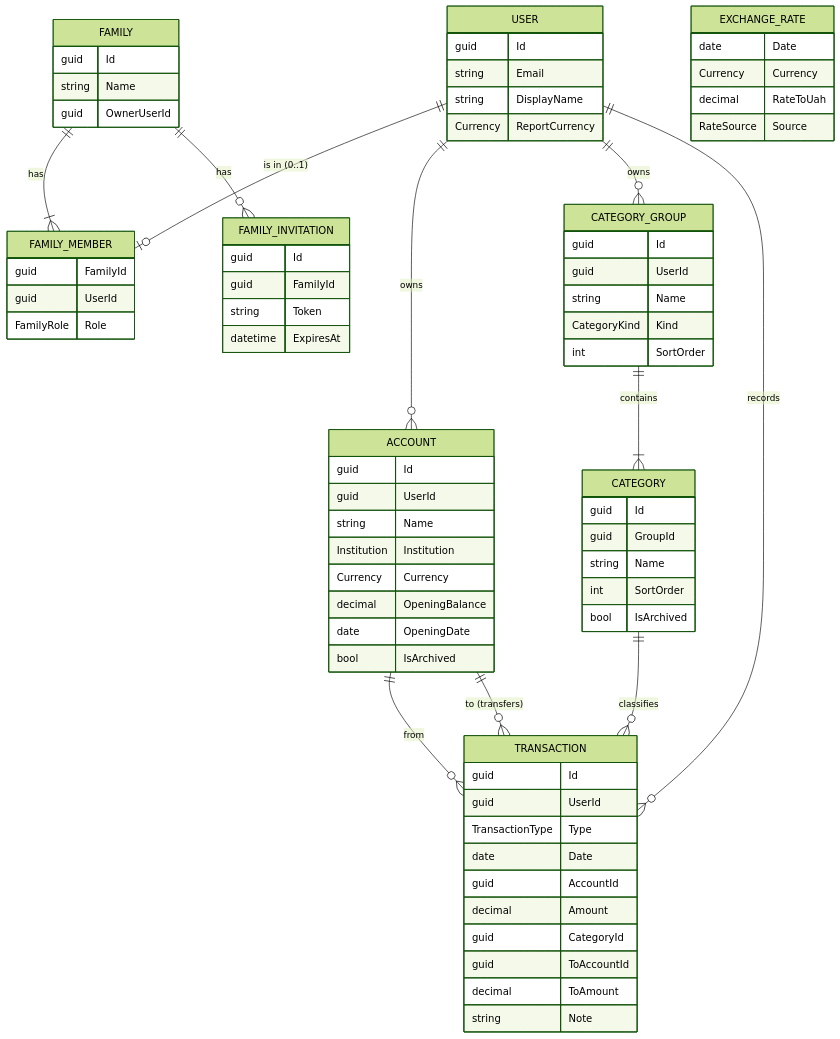
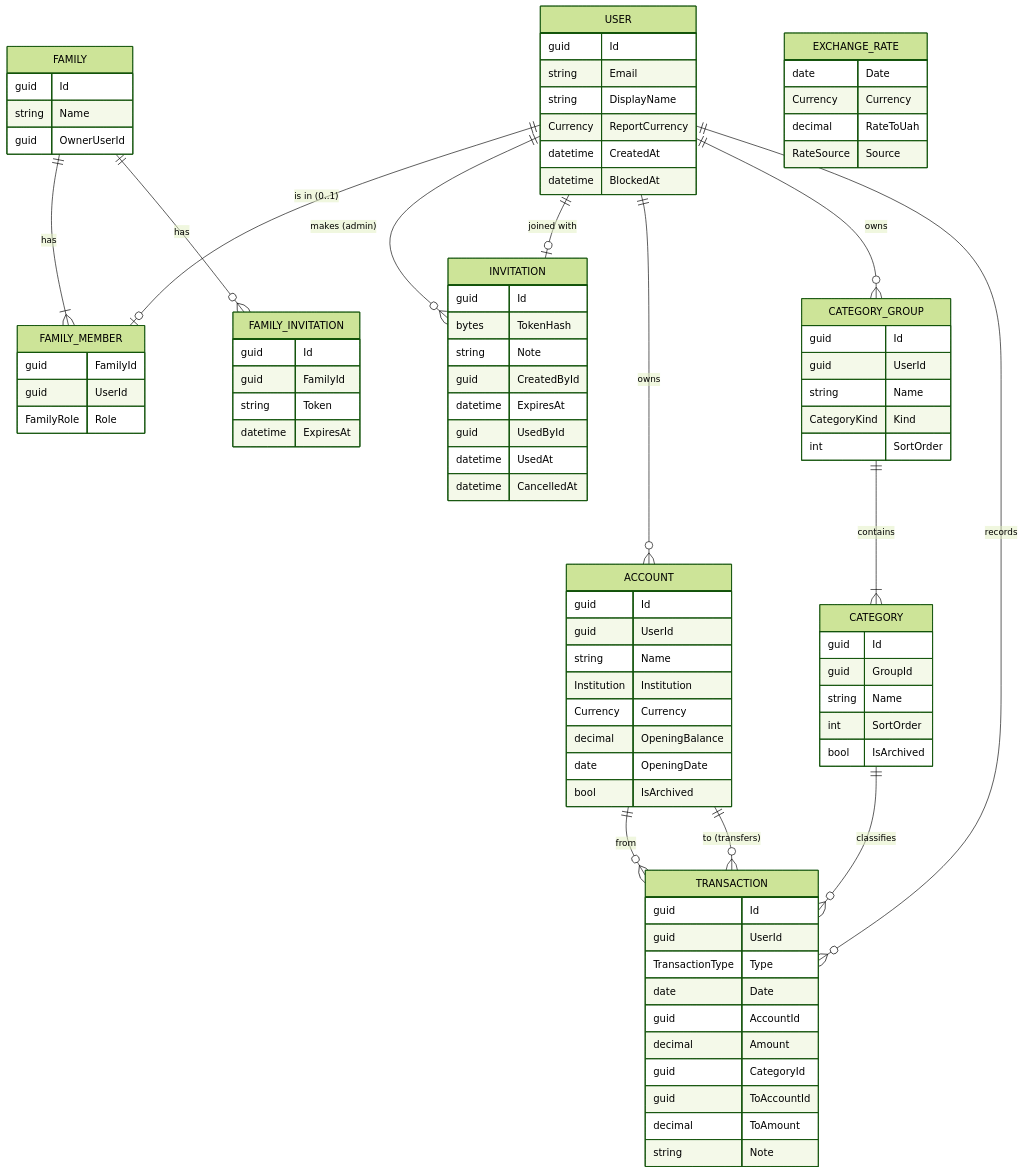
The second of 3 diagrams in docs/ARCHITECTURE.md (yuliaBiriukova/PupBudgetPlanner), drawn with Mermaid (forest theme) before and after one commit. The commit also changed other lines of this file and 49 other files, not shown here.

````diff
--- a/docs/ARCHITECTURE.md
+++ b/docs/ARCHITECTURE.md
@@ -87,24 +87,27 @@
 ```mermaid
 erDiagram
     USER ||--o| FAMILY_MEMBER : "is in (0..1)"
     FAMILY ||--|{ FAMILY_MEMBER : has
     FAMILY ||--o{ FAMILY_INVITATION : has
+    USER ||--o{ INVITATION : "makes (admin)"
+    USER ||--o| INVITATION : "joined with"
     USER ||--o{ ACCOUNT : owns
     USER ||--o{ CATEGORY_GROUP : owns
     CATEGORY_GROUP ||--|{ CATEGORY : contains
     USER ||--o{ TRANSACTION : records
     ACCOUNT ||--o{ TRANSACTION : "from"
     ACCOUNT ||--o{ TRANSACTION : "to (transfers)"
     CATEGORY ||--o{ TRANSACTION : "classifies"
     EXCHANGE_RATE
 
-    USER { guid Id string Email string DisplayName Currency ReportCurrency }
+    USER { guid Id string Email string DisplayName Currency ReportCurrency datetime CreatedAt datetime BlockedAt }
+    INVITATION { guid Id bytes TokenHash string Note guid CreatedById datetime ExpiresAt guid UsedById datetime UsedAt datetime CancelledAt }
     FAMILY { guid Id string Name guid OwnerUserId }
     FAMILY_MEMBER { guid FamilyId guid UserId FamilyRole Role }
     FAMILY_INVITATION { guid Id guid FamilyId string Token datetime ExpiresAt }
     ACCOUNT { guid Id guid UserId string Name Institution Institution Currency Currency decimal OpeningBalance date OpeningDate bool IsArchived }
     CATEGORY_GROUP { guid Id guid UserId string Name CategoryKind Kind int SortOrder }
     CATEGORY { guid Id guid GroupId string Name int SortOrder bool IsArchived }
     TRANSACTION { guid Id guid UserId TransactionType Type date Date guid AccountId decimal Amount guid CategoryId guid ToAccountId decimal ToAmount string Note }
     EXCHANGE_RATE { date Date Currency Currency decimal RateToUah RateSource Source }
 ```
````
